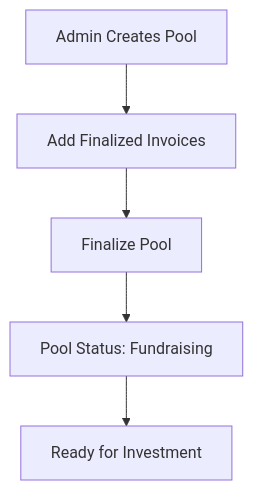
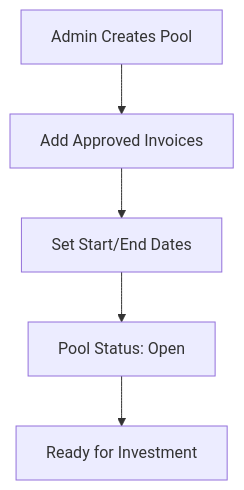
One commit to SEATrax/apps changed the second of 6 diagrams in .github/business-process-documentation.md. Above: the diagram before and after it, drawn with Mermaid. The commit also changed other lines of this file and 3 other files, not shown here.

Commit message:
feat: migrate to unified SEATrax contract; update documentation and business process flow

````diff
--- a/.github/business-process-documentation.md
+++ b/.github/business-process-documentation.md
@@ -43,7 +43,7 @@
 ```mermaid
 graph TD
-    A[Admin Creates Pool] --> B[Add Finalized Invoices]
-    B --> C[Finalize Pool]
-    C --> D[Pool Status: Fundraising]
+    A[Admin Creates Pool] --> B[Add Approved Invoices]
+    B --> C[Set Start/End Dates]
+    C --> D[Pool Status: Open]
     D --> E[Ready for Investment]
 ```
````
